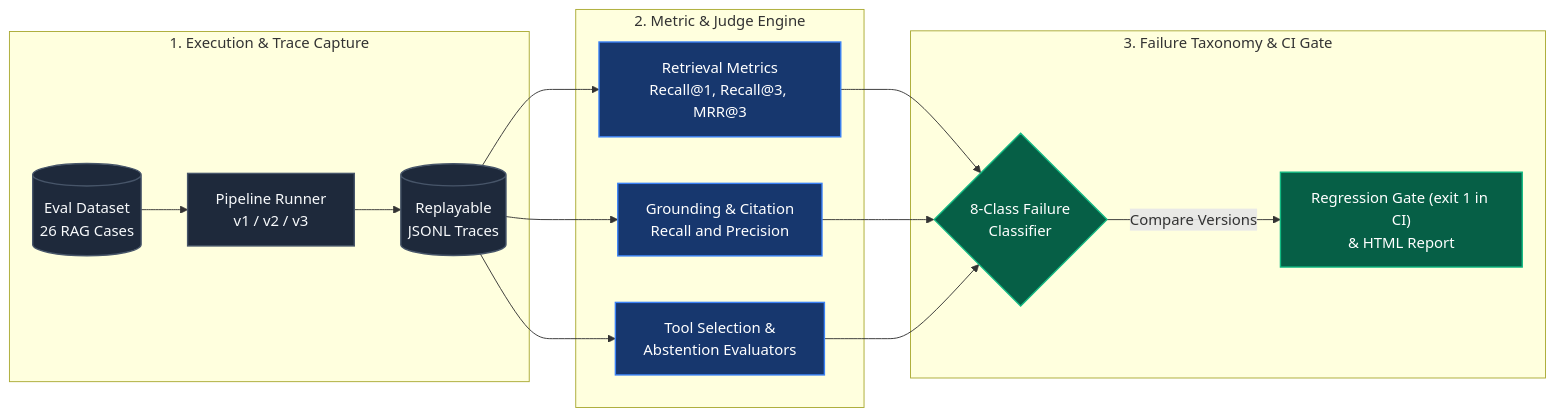
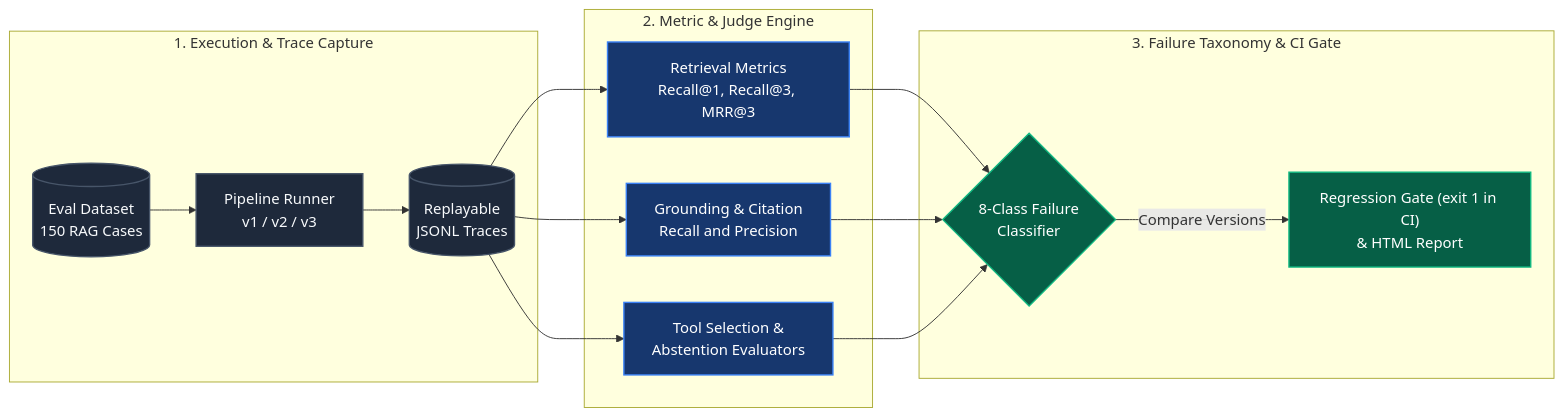
One commit to vaibhav3000/aire changed the first of 4 diagrams in README.md. Above: the diagram before and after it, drawn with Mermaid. The commit also changed other lines of this file and 4 other files, not shown here.

````diff
--- a/README.md
+++ b/README.md
@@ -18,22 +18,22 @@
 ```mermaid
 flowchart LR
   subgraph S1["1. Execution & Trace Capture"]
-    D[("Eval Dataset<br>26 RAG Cases")] --> R["Pipeline Runner<br>v1 / v2 / v3"]
+    D[("Eval Dataset<br>150 RAG Cases")] --> R["Pipeline Runner<br>v1 / v2 / v3"]
     R --> T[("Replayable<br>JSONL Traces")]
   end
   subgraph S2["2. Metric & Judge Engine"]
     T --> M1["Retrieval Metrics<br>Recall@1, Recall@3, MRR@3"]
     T --> M2["Grounding & Citation<br>Recall and Precision"]
     T --> M3["Tool Selection &<br>Abstention Evaluators"]
   end
   subgraph S3["3. Failure Taxonomy & CI Gate"]
     M1 & M2 & M3 --> F{"8-Class Failure<br>Classifier"}
     F -->|Compare Versions| G["Regression Gate (exit 1 in CI)<br>& HTML Report"]
   end
   classDef stage1 fill:#1e293b,stroke:#475569,color:#f8fafc,stroke-width:1.5px;
   classDef stage2 fill:#17376e,stroke:#3b82f6,color:#ffffff,stroke-width:1.5px;
   classDef stage3 fill:#065f46,stroke:#10b981,color:#ffffff,stroke-width:1.5px;
   class D,R,T stage1;
   class M1,M2,M3 stage2;
   class F,G stage3;
 ```
````
